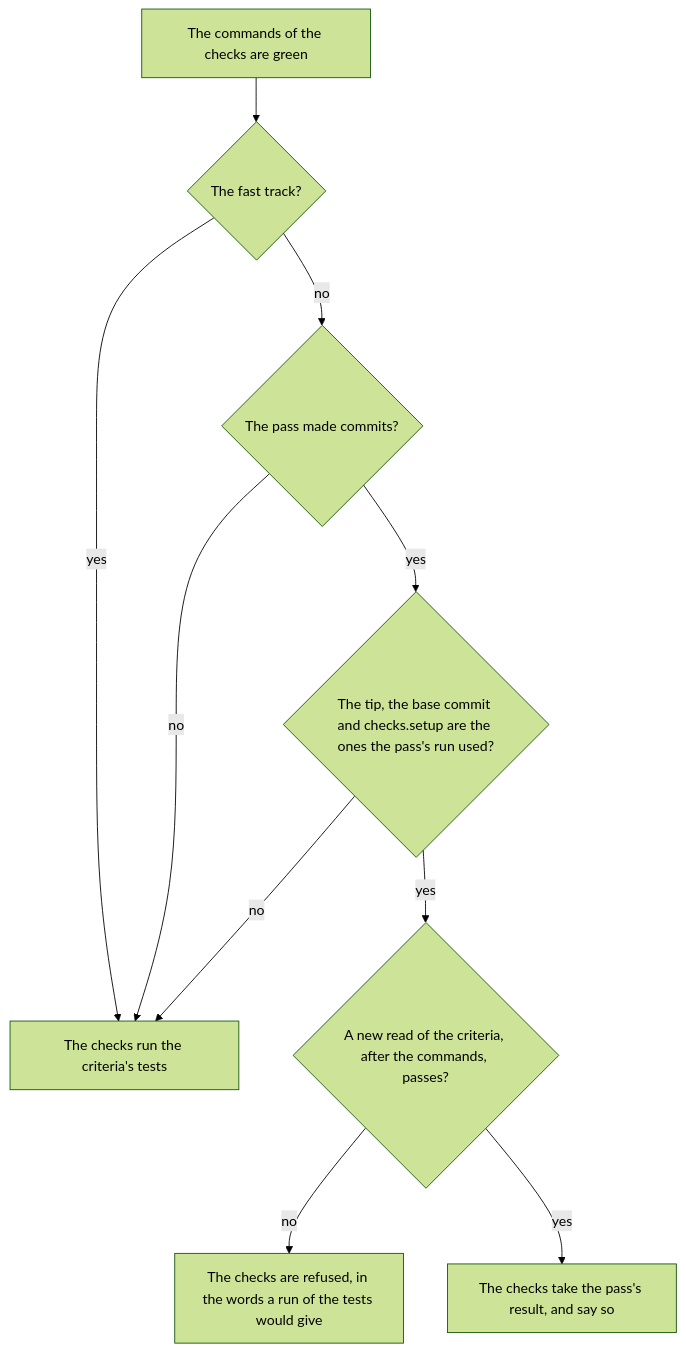
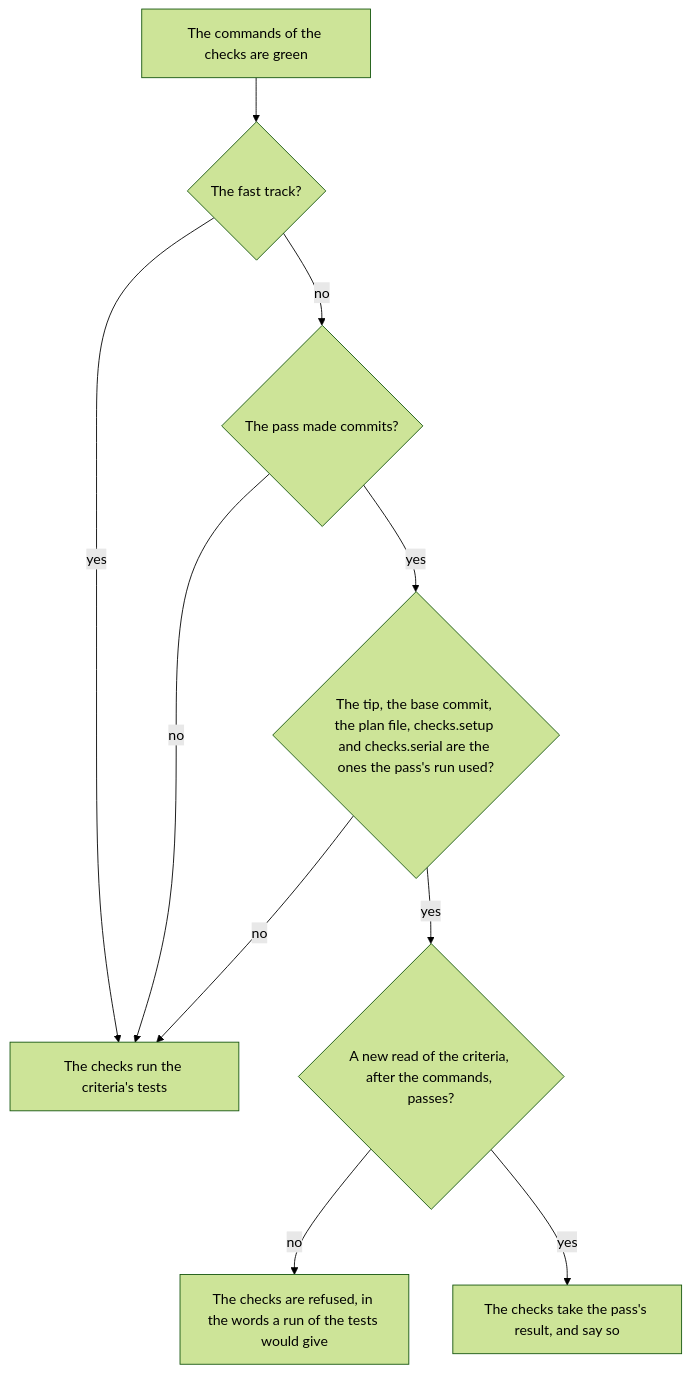
The diagram in docs/plans/2026-11-21-pure-rules-unit-tests.md (pySilver/lem), drawn with Mermaid (forest theme) before and after one commit. The commit also changed other lines of this file, not shown here.

Commit message:
docs(plans): checks.serial and the plan file are inputs of a run of the criteria's tests, as the gate took decisions 6 and 7

````diff
--- a/docs/plans/2026-11-21-pure-rules-unit-tests.md
+++ b/docs/plans/2026-11-21-pure-rules-unit-tests.md
@@ -25,12 +25,12 @@
 ```mermaid
 flowchart TD
   A["The commands of the checks are green"] --> B{"The fast track?"}
   B -->|"yes"| R["The checks run the criteria's tests"]
   B -->|"no"| C{"The pass made commits?"}
   C -->|"no"| R
-  C -->|"yes"| D{"The tip, the base commit and checks.setup are the ones the pass's run used?"}
+  C -->|"yes"| D{"The tip, the base commit, the plan file, checks.setup and checks.serial are the ones the pass's run used?"}
   D -->|"no"| R
   D -->|"yes"| E{"A new read of the criteria, after the commands, passes?"}
   E -->|"no"| F["The checks are refused, in the words a run of the tests would give"]
   E -->|"yes"| T["The checks take the pass's result, and say so"]
 ```
````
